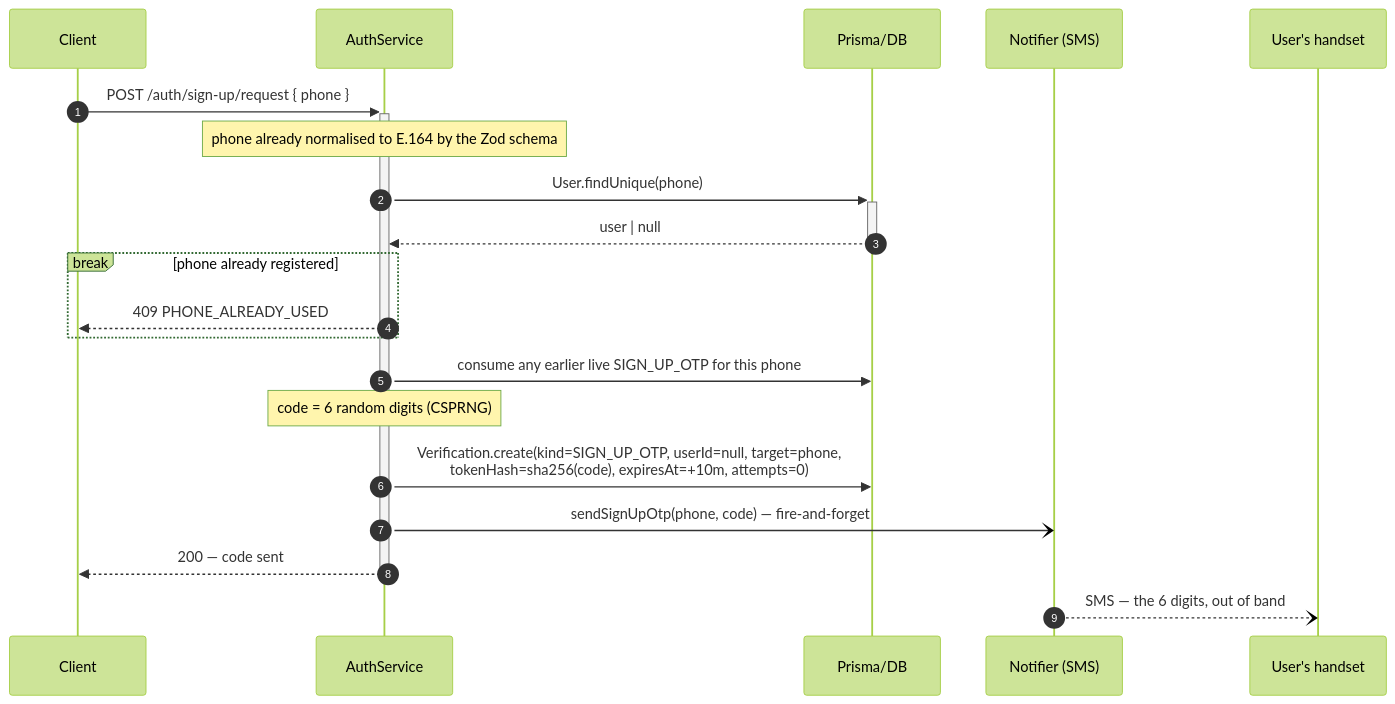
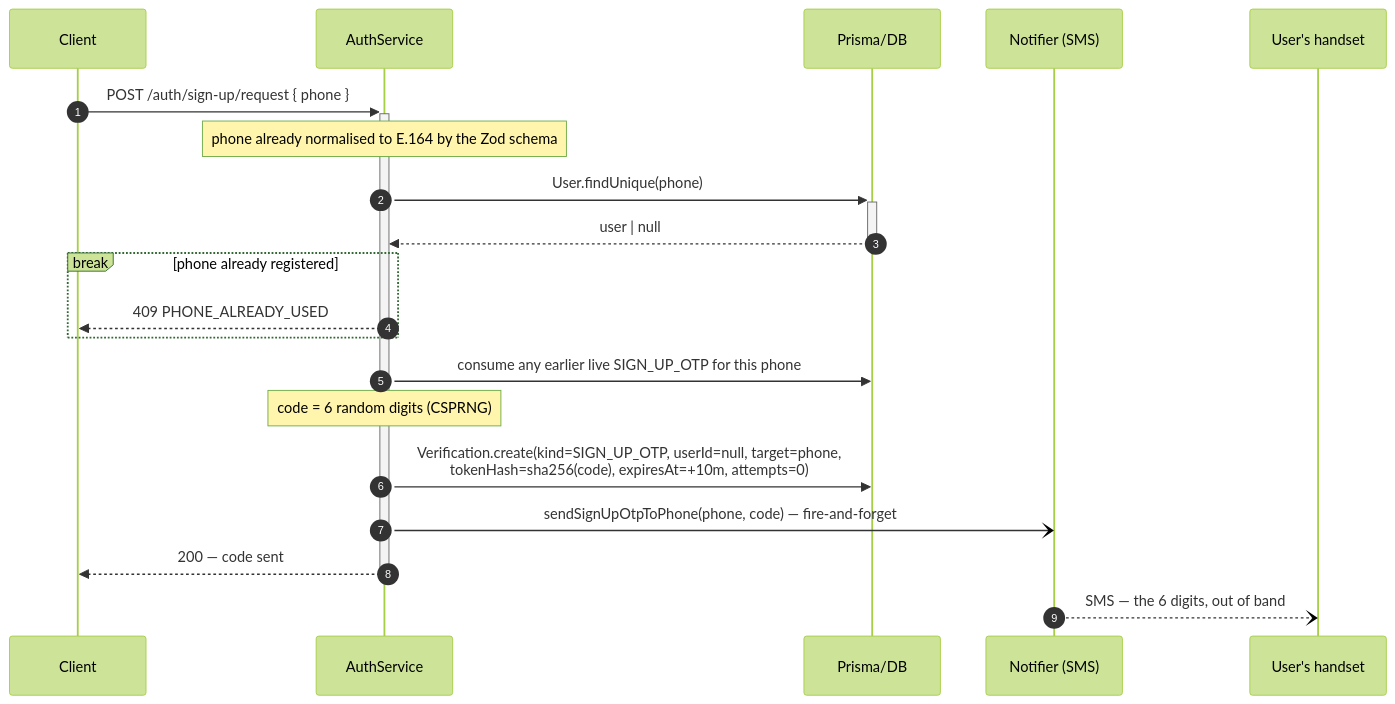
Before and after one commit to chuhaiphu/vinaup-platform: the first of 2 diagrams in apps/api/docs/architecture/authen/SIGN-UP.md, drawn with Mermaid (forest theme). The commit also changed other lines of this file and 23 other files, not shown here.

````diff
--- a/apps/api/docs/architecture/authen/SIGN-UP.md
+++ b/apps/api/docs/architecture/authen/SIGN-UP.md
@@ -14,23 +14,23 @@
 ```mermaid
 sequenceDiagram
     autonumber
     participant C as Client
     participant Auth as AuthService
     participant DB as Prisma/DB
     participant N as Notifier (SMS)
     participant U as User's handset
 
     C->>+Auth: POST /auth/sign-up/request { phone }
     Note over Auth: phone already normalised to E.164 by the Zod schema
     Auth->>+DB: User.findUnique(phone)
     DB-->>-Auth: user | null
     break phone already registered
         Auth-->>C: 409 PHONE_ALREADY_USED
     end
     Auth->>DB: consume any earlier live SIGN_UP_OTP for this phone
     Note over Auth: code = 6 random digits (CSPRNG)
     Auth->>DB: Verification.create(kind=SIGN_UP_OTP, userId=null, target=phone,<br/>tokenHash=sha256(code), expiresAt=+10m, attempts=0)
-    Auth-)N: sendSignUpOtp(phone, code) — fire-and-forget
+    Auth-)N: sendSignUpOtpToPhone(phone, code) — fire-and-forget
     Auth-->>-C: 200 — code sent
     N--)U: SMS — the 6 digits, out of band
 ```
````
